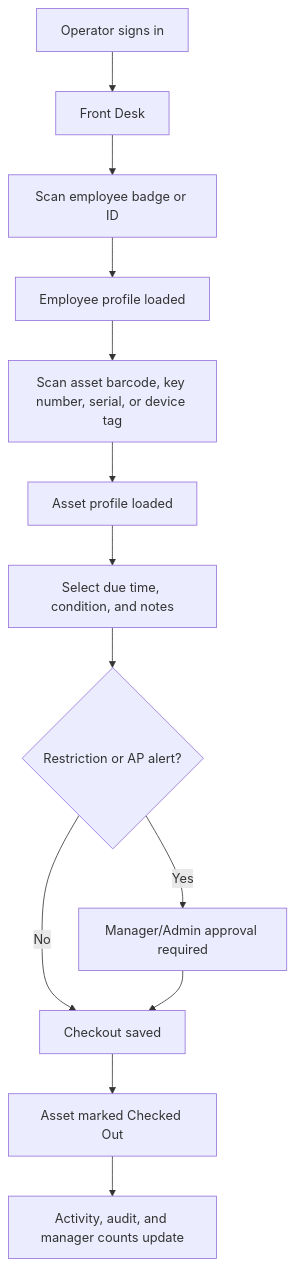
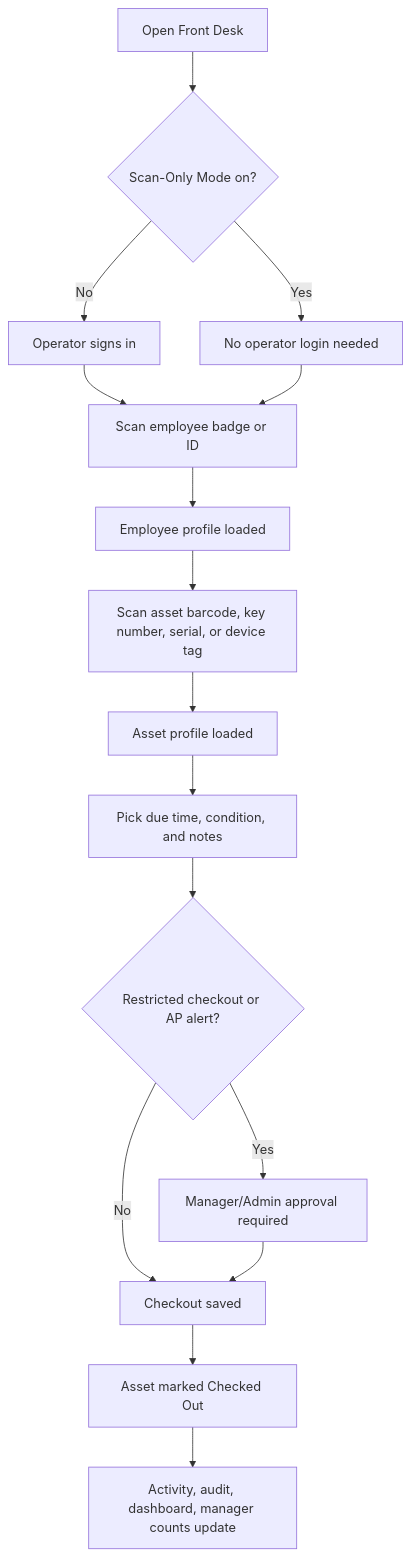
The first of 4 diagrams in docs/HOW_IT_WORKS.md (rice2k/macys-ap-accountability-system), drawn with Mermaid before and after one commit. The commit also changed other lines of this file and 39 other files, not shown here.

````diff
--- a/docs/HOW_IT_WORKS.md
+++ b/docs/HOW_IT_WORKS.md
@@ -5,15 +5,18 @@
 ```mermaid
 flowchart TD
-    A["Operator signs in"] --> B["Front Desk"]
-    B --> C["Scan employee badge or ID"]
-    C --> D["Employee profile loaded"]
-    D --> E["Scan asset barcode, key number, serial, or device tag"]
-    E --> F["Asset profile loaded"]
-    F --> G["Select due time, condition, and notes"]
-    G --> H{"Restriction or AP alert?"}
-    H -->|No| I["Checkout saved"]
-    H -->|Yes| J["Manager/Admin approval required"]
-    J --> I
-    I --> K["Asset marked Checked Out"]
-    K --> L["Activity, audit, and manager counts update"]
+    A["Open Front Desk"] --> B{"Scan-Only Mode on?"}
+    B -->|No| C["Operator signs in"]
+    B -->|Yes| D["No operator login needed"]
+    C --> E["Scan employee badge or ID"]
+    D --> E
+    E --> F["Employee profile loaded"]
+    F --> G["Scan asset barcode, key number, serial, or device tag"]
+    G --> H["Asset profile loaded"]
+    H --> I["Pick due time, condition, and notes"]
+    I --> J{"Restricted checkout or AP alert?"}
+    J -->|No| K["Checkout saved"]
+    J -->|Yes| L["Manager/Admin approval required"]
+    L --> K
+    K --> M["Asset marked Checked Out"]
+    M --> N["Activity, audit, dashboard, manager counts update"]
 ```
````
